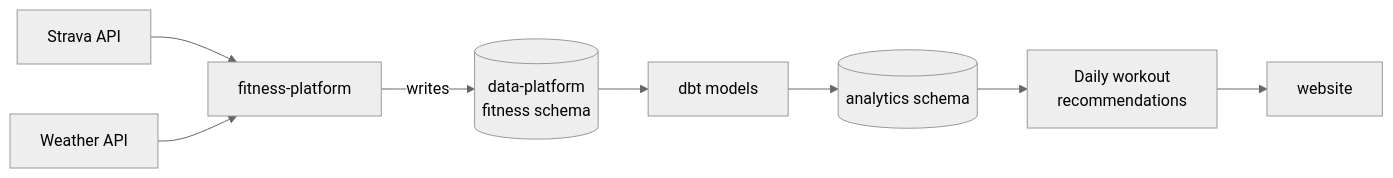
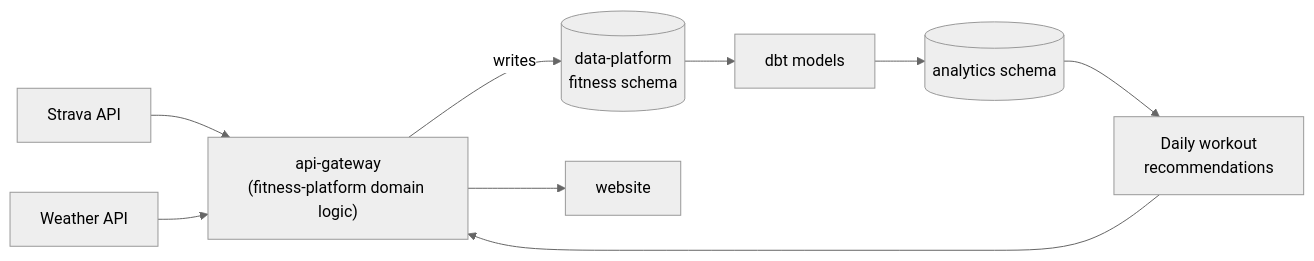
One commit to wm6000/website changed the diagram in docs/diagrams/fitness.md. Above: the diagram before and after it, drawn with Mermaid (neutral theme). The commit also changed 4 other files, not shown here.

First line of the commit message:
docs: move to a four-tier architecture with a shared api-gateway repo (#33)

````diff
--- a/docs/diagrams/fitness.md
+++ b/docs/diagrams/fitness.md
@@ -5,12 +5,13 @@
 ```mermaid
 flowchart LR
-    Strava["Strava API"] --> Fitness["fitness-platform"]
-    WeatherAPI["Weather API"] --> Fitness
+    Strava["Strava API"] --> ApiGateway["api-gateway<br/>(fitness-platform domain logic)"]
+    WeatherAPI["Weather API"] --> ApiGateway
 
-    Fitness -- writes --> FitnessSchema[("data-platform<br/>fitness schema")]
+    ApiGateway -- writes --> FitnessSchema[("data-platform<br/>fitness schema")]
     FitnessSchema --> Dbt["dbt models"]
     Dbt --> Analytics[("analytics schema")]
 
     Analytics --> Recs["Daily workout<br/>recommendations"]
-    Recs --> Website["website"]
+    Recs --> ApiGateway
+    ApiGateway --> Website["website"]
 ```
````
